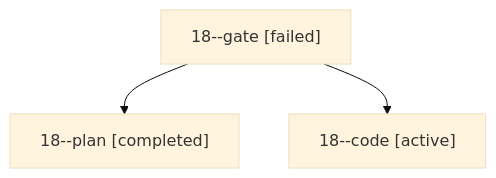
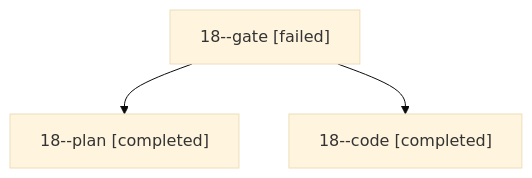
Before and after one commit to sase-org/sase--agents: the diagram in sessions/bbugyi200.apollo.18.md, drawn with Mermaid (base theme). The commit also changed other lines of this file and 26 other files, not shown here.

````diff
--- a/sessions/bbugyi200.apollo.18.md
+++ b/sessions/bbugyi200.apollo.18.md
@@ -9,8 +9,8 @@
 ```mermaid
 flowchart TD
   n0["18--gate [failed]"]
   n1["18--plan [completed]"]
   n0 --> n1
-  n2["18--code [active]"]
+  n2["18--code [completed]"]
   n0 --> n2
 ```
````
